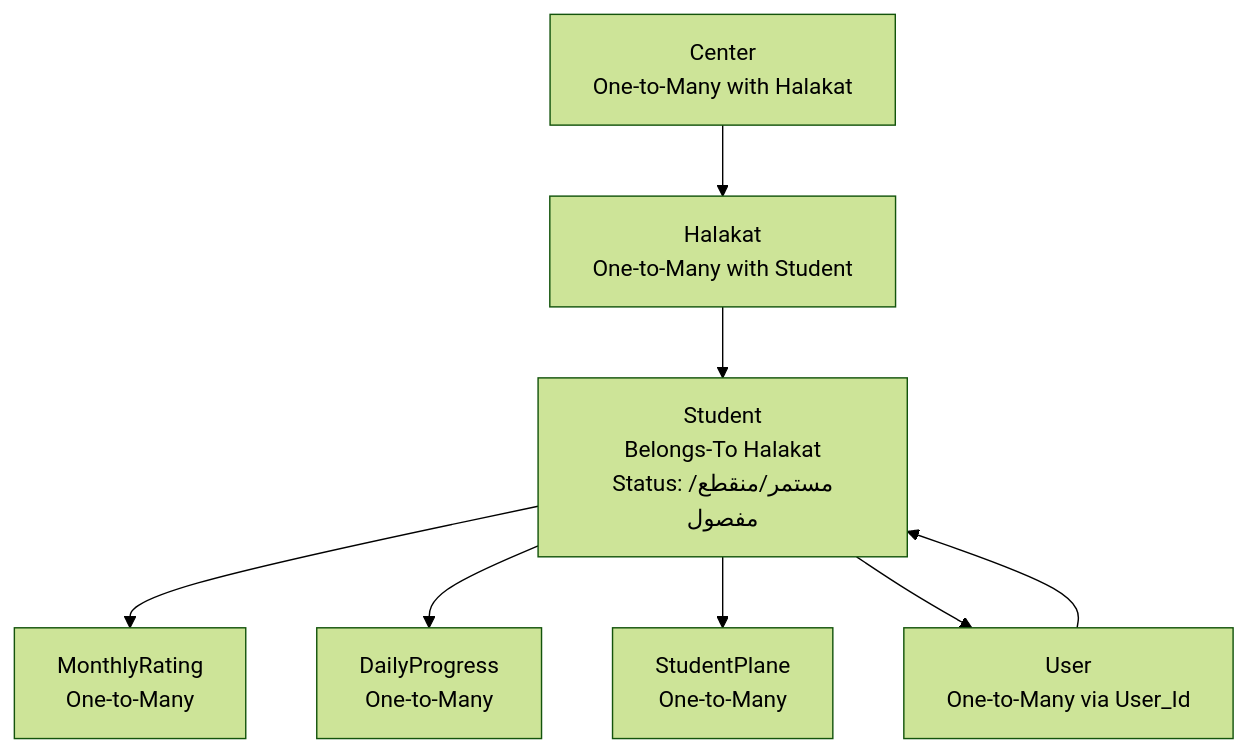
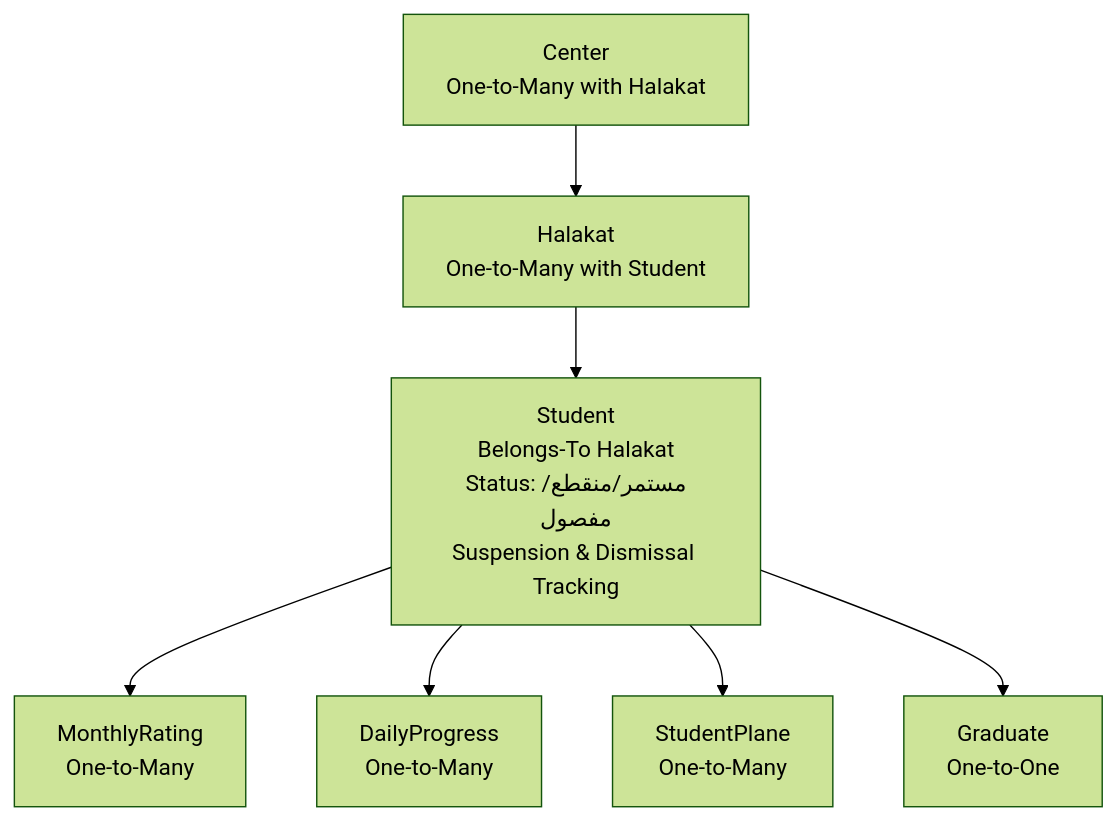
Before and after one commit to Mreng78/khirocom_project: the second of 8 diagrams in .qoder/repowiki/en/content/Database Design/Student Model.md, drawn with Mermaid (forest theme). The commit also changed other lines of this file and 17 other files, not shown here.

````diff
--- a/.qoder/repowiki/en/content/Database Design/Student Model.md
+++ b/.qoder/repowiki/en/content/Database Design/Student Model.md
@@ -121,10 +132,9 @@
 ```mermaid
 graph TB
 Center["Center<br/>One-to-Many with Halakat"] --> Halakat["Halakat<br/>One-to-Many with Student"]
-Halakat --> Student["Student<br/>Belongs-To Halakat<br/>Status: مستمر/منقطع/مفصول"]
+Halakat --> Student["Student<br/>Belongs-To Halakat<br/>Status: مستمر/منقطع/مفصول<br/>Suspension & Dismissal Tracking"]
 Student --> MonthlyRating["MonthlyRating<br/>One-to-Many"]
 Student --> DailyProgress["DailyProgress<br/>One-to-Many"]
 Student --> StudentPlane["StudentPlane<br/>One-to-Many"]
-Student --> User["User<br/>One-to-Many via User_Id"]
-User --> Student
+Student --> Graduate["Graduate<br/>One-to-One"]
 ```
````
